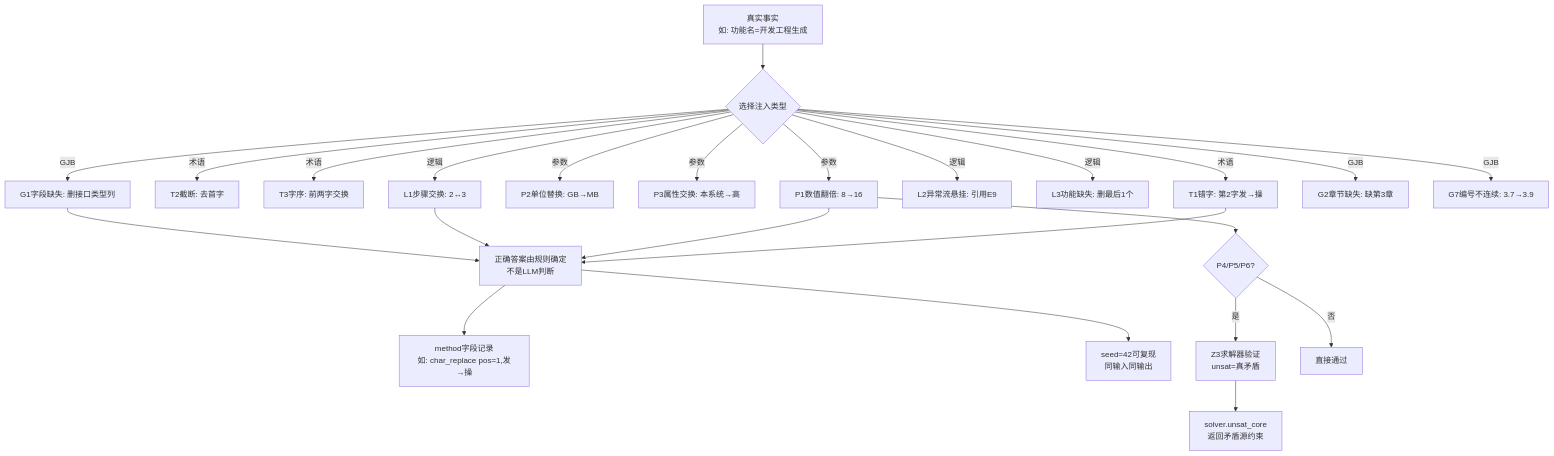
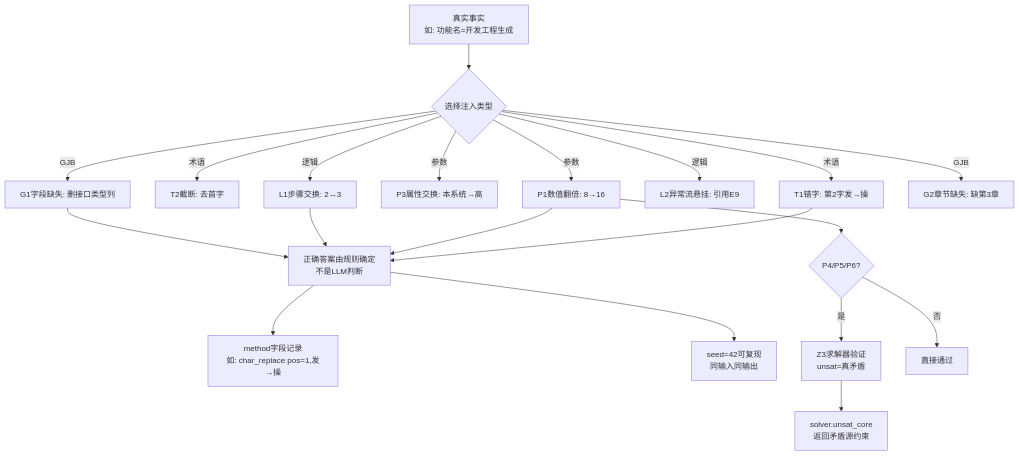
Before and after one commit to hongshi1/data-clean: the third of 6 diagrams in docs/srs_project/synthesis_method_description.md, drawn with Mermaid. The commit also changed other lines of this file, not shown here.

````diff
--- a/docs/srs_project/synthesis_method_description.md
+++ b/docs/srs_project/synthesis_method_description.md
@@ -167,29 +210,22 @@
 ```mermaid
 graph TD
     A[真实事实<br/>如: 功能名=开发工程生成] --> B{选择注入类型}
     B -->|术语| C1[T1错字: 第2字发→操]
     B -->|术语| C2[T2截断: 去首字]
-    B -->|术语| C3[T3字序: 前两字交换]
     B -->|参数| D1[P1数值翻倍: 8→16]
-    B -->|参数| D2[P2单位替换: GB→MB]
-    B -->|参数| D3[P3属性交换: 本系统→高]
+    B -->|参数| D2[P3属性交换: 本系统→高]
     B -->|逻辑| E1[L1步骤交换: 2↔3]
     B -->|逻辑| E2[L2异常流悬挂: 引用E9]
-    B -->|逻辑| E3[L3功能缺失: 删最后1个]
     B -->|GJB| F1[G1字段缺失: 删接口类型列]
     B -->|GJB| F2[G2章节缺失: 缺第3章]
-    B -->|GJB| F3[G7编号不连续: 3.7→3.9]
-
     C1 --> G[正确答案由规则确定<br/>不是LLM判断]
     D1 --> G
     E1 --> G
     F1 --> G
-
     G --> H[method字段记录<br/>如: char_replace pos=1,发→操]
     G --> I[seed=42可复现<br/>同输入同输出]
-
     D1 --> J{P4/P5/P6?}
     J -->|是| K[Z3求解器验证<br/>unsat=真矛盾]
     J -->|否| L[直接通过]
     K --> M[solver.unsat_core<br/>返回矛盾源约束]
 ```
````
